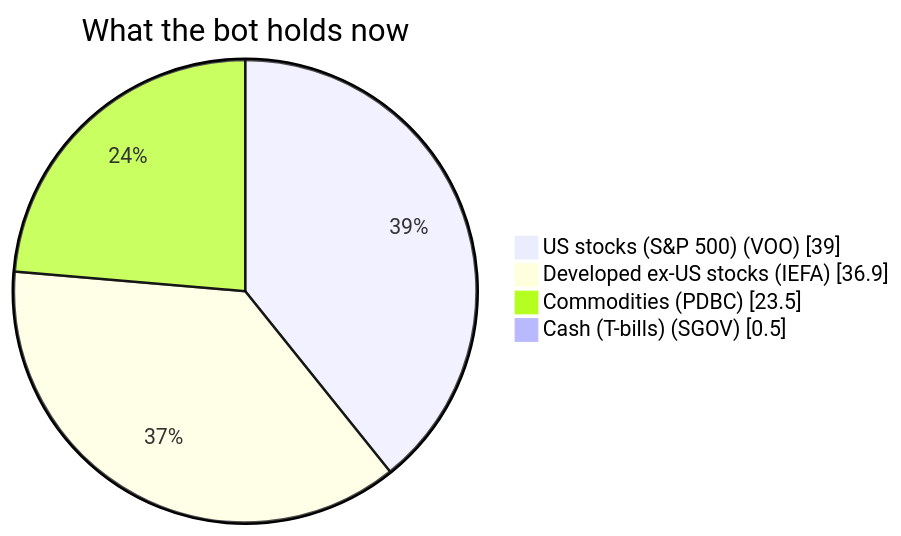
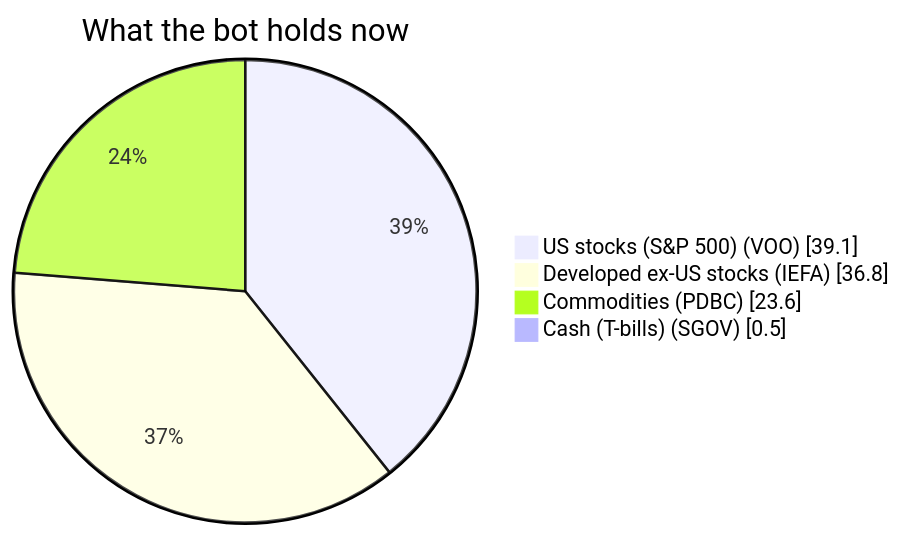
Before and after one commit to owlpowell50-creator/trading-bot: the first of 2 diagrams in 00 - Bot Dashboard.md, drawn with Mermaid. The commit also changed other lines of this file and 13 other files, not shown here.

````diff
--- a/00 - Bot Dashboard.md
+++ b/00 - Bot Dashboard.md
@@ -43,7 +43,7 @@
 ```mermaid
 pie showData title What the bot holds now
-    "US stocks (S&P 500) (VOO)" : 39.0
-    "Developed ex-US stocks (IEFA)" : 36.9
-    "Commodities (PDBC)" : 23.5
+    "US stocks (S&P 500) (VOO)" : 39.1
+    "Developed ex-US stocks (IEFA)" : 36.8
+    "Commodities (PDBC)" : 23.6
     "Cash (T-bills) (SGOV)" : 0.5
 ```
````
